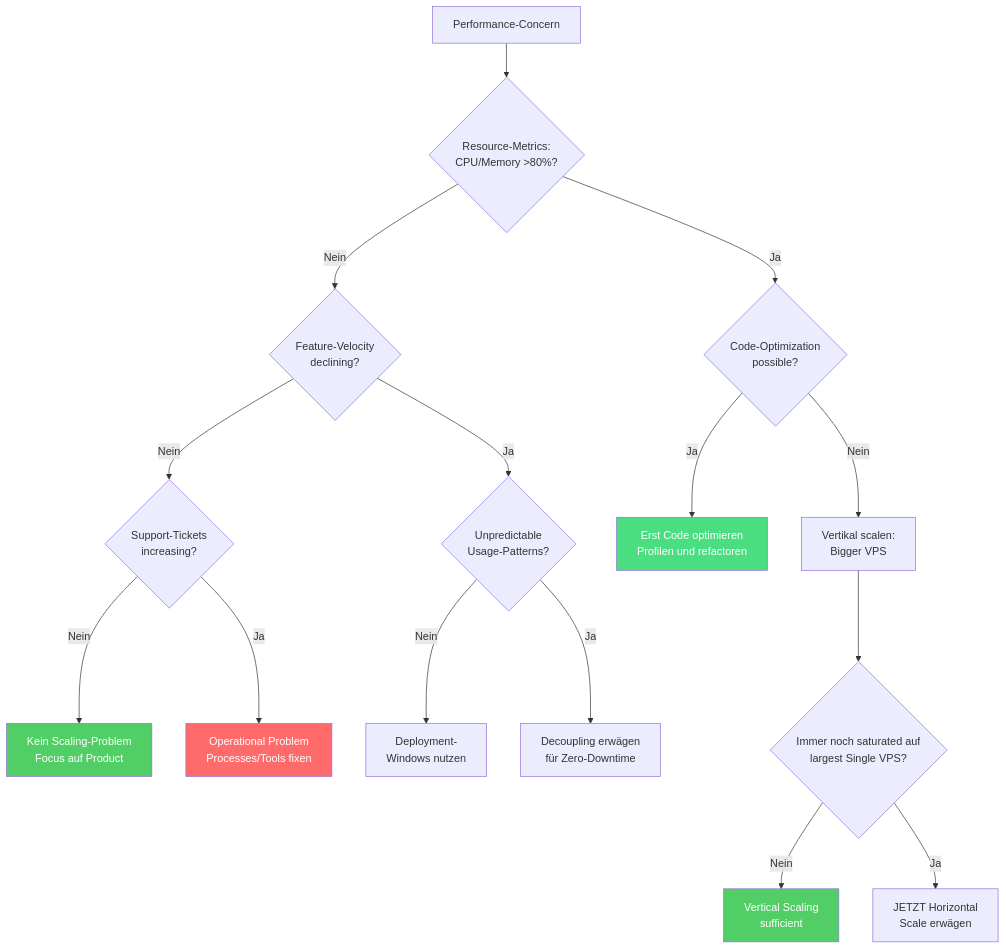
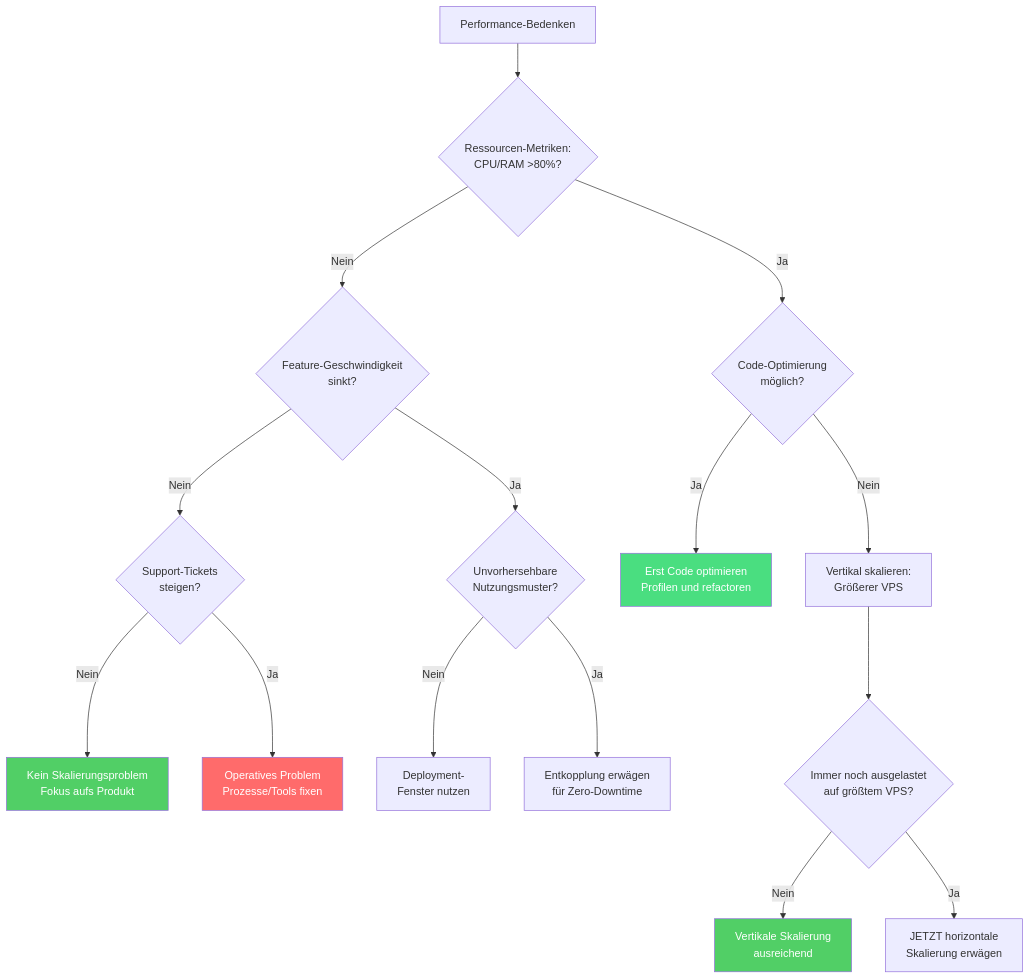
Before and after one commit to eduardosanzb/flagmeter-vps-poc: the diagram in apps/landing/content/blog/scaling-roadmap-8-to-800.de.md, drawn with Mermaid. The commit also changed other lines of this file and 1 other file, not shown here.

````diff
--- a/apps/landing/content/blog/scaling-roadmap-8-to-800.de.md
+++ b/apps/landing/content/blog/scaling-roadmap-8-to-800.de.md
@@ -225,28 +225,28 @@
 ```mermaid
 flowchart TD
-    A[Performance-Concern] --> B{Resource-Metrics:<br/>CPU/Memory >80%?}
+    A[Performance-Bedenken] --> B{Ressourcen-Metriken:<br/>CPU/RAM >80%?}
 
-    B -->|Nein| C{Feature-Velocity<br/>declining?}
-    B -->|Ja| D{Code-Optimization<br/>possible?}
+    B -->|Nein| C{Feature-Geschwindigkeit<br/>sinkt?}
+    B -->|Ja| D{Code-Optimierung<br/>möglich?}
 
-    C -->|Nein| E{Support-Tickets<br/>increasing?}
-    C -->|Ja| F{Unpredictable<br/>Usage-Patterns?}
+    C -->|Nein| E{Support-Tickets<br/>steigen?}
+    C -->|Ja| F{Unvorhersehbare<br/>Nutzungsmuster?}
 
     D -->|Ja| G[Erst Code optimieren<br/>Profilen und refactoren]
-    D -->|Nein| H[Vertikal scalen:<br/>Bigger VPS]
+    D -->|Nein| H[Vertikal skalieren:<br/>Größerer VPS]
 
-    E -->|Nein| I[Kein Scaling-Problem<br/>Focus auf Product]
-    E -->|Ja| J[Operational Problem<br/>Processes/Tools fixen]
+    E -->|Nein| I[Kein Skalierungsproblem<br/>Fokus aufs Produkt]
+    E -->|Ja| J[Operatives Problem<br/>Prozesse/Tools fixen]
 
-    F -->|Nein| K[Deployment-<br/>Windows nutzen]
-    F -->|Ja| L[Decoupling erwägen<br/>für Zero-Downtime]
+    F -->|Nein| K[Deployment-<br/>Fenster nutzen]
+    F -->|Ja| L[Entkopplung erwägen<br/>für Zero-Downtime]
 
-    H --> M{Immer noch saturated auf<br/>largest Single VPS?}
-    M -->|Nein| N[Vertical Scaling<br/>sufficient]
-    M -->|Ja| O[JETZT Horizontal<br/>Scale erwägen]
+    H --> M{Immer noch ausgelastet<br/>auf größtem VPS?}
+    M -->|Nein| N[Vertikale Skalierung<br/>ausreichend]
+    M -->|Ja| O[JETZT horizontale<br/>Skalierung erwägen]
 
     style I fill:#51cf66,color:#fff
     style J fill:#ff6b6b,color:#fff
     style N fill:#51cf66,color:#fff
     style G fill:#4ade80,color:#fff
 ```
````
